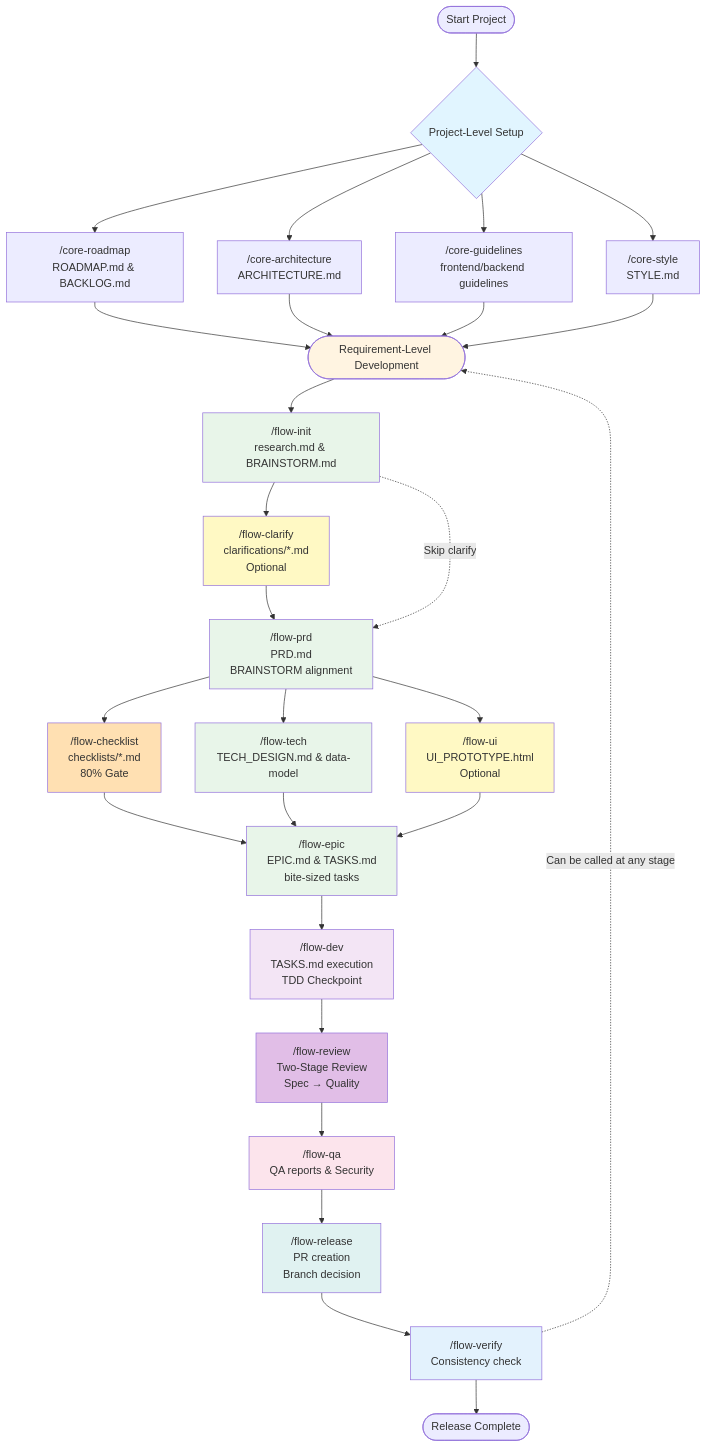
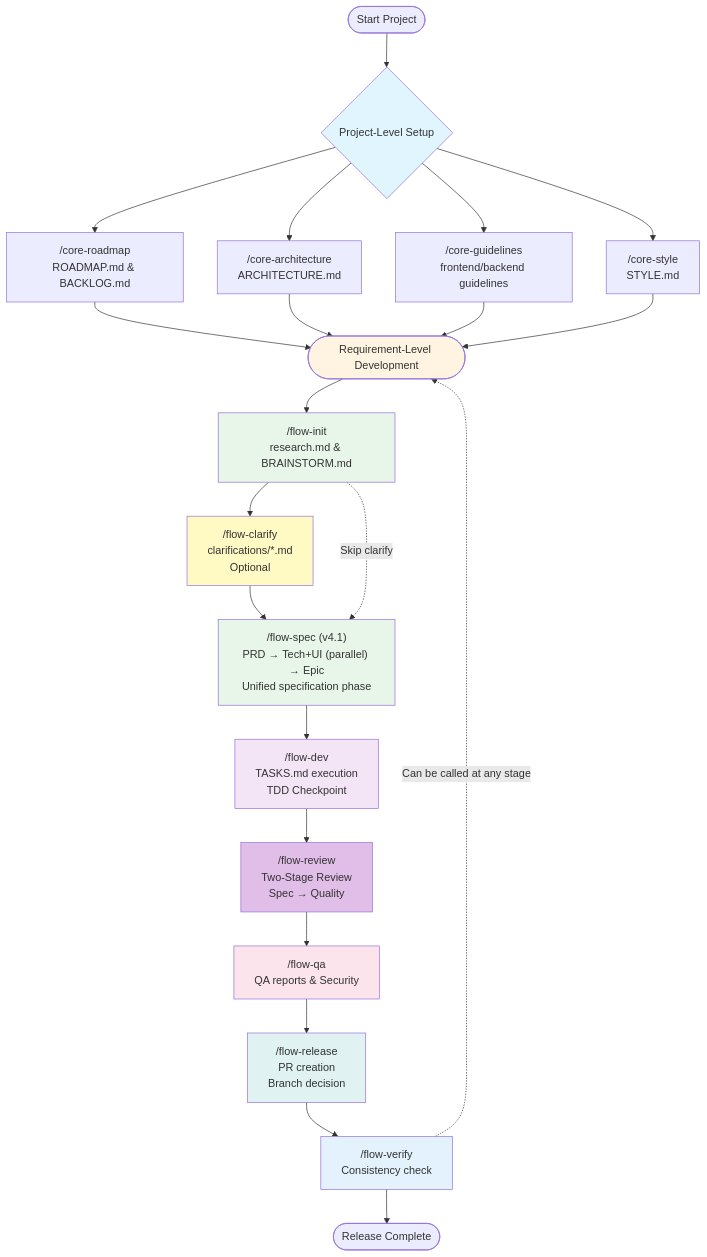
One commit to Dimon94/cc-devflow changed the diagram in README.md. Above: the diagram before and after it, drawn with Mermaid. The commit also changed other lines of this file and 4 other files, not shown here.

First line of the commit message:
docs: update documentation for v4.1 unified /flow-spec and v3.0 compiler

````diff
--- a/README.md
+++ b/README.md
@@ -299,56 +301,45 @@
 ```mermaid
 graph TB
     Start([Start Project]) --> ProjectLevel{Project-Level Setup}
 
     ProjectLevel --> CoreRoadmap["/core-roadmap<br/>ROADMAP.md & BACKLOG.md"]
     ProjectLevel --> CoreArch["/core-architecture<br/>ARCHITECTURE.md"]
     ProjectLevel --> CoreGuidelines["/core-guidelines<br/>frontend/backend guidelines"]
     ProjectLevel --> CoreStyle["/core-style<br/>STYLE.md"]
 
     CoreRoadmap --> ReqLevel
     CoreArch --> ReqLevel
     CoreGuidelines --> ReqLevel
     CoreStyle --> ReqLevel
 
     ReqLevel([Requirement-Level Development]) --> FlowInit["/flow-init<br/>research.md & BRAINSTORM.md"]
 
     FlowInit --> FlowClarify["/flow-clarify<br/>clarifications/*.md<br/>Optional"]
-    FlowClarify --> FlowPRD["/flow-prd<br/>PRD.md<br/>BRAINSTORM alignment"]
-    FlowInit -.->|Skip clarify| FlowPRD
-    FlowPRD --> FlowChecklist["/flow-checklist<br/>checklists/*.md<br/>80% Gate"]
-    FlowPRD --> FlowTech["/flow-tech<br/>TECH_DESIGN.md & data-model"]
-    FlowPRD --> FlowUI["/flow-ui<br/>UI_PROTOTYPE.html<br/>Optional"]
+    FlowClarify --> FlowSpec["/flow-spec (v4.1)<br/>PRD → Tech+UI (parallel) → Epic<br/>Unified specification phase"]
+    FlowInit -.->|Skip clarify| FlowSpec
 
-    FlowChecklist --> FlowEpic
-    FlowTech --> FlowEpic["/flow-epic<br/>EPIC.md & TASKS.md<br/>bite-sized tasks"]
-    FlowUI --> FlowEpic
-
-    FlowEpic --> FlowDev["/flow-dev<br/>TASKS.md execution<br/>TDD Checkpoint"]
+    FlowSpec --> FlowDev["/flow-dev<br/>TASKS.md execution<br/>TDD Checkpoint"]
 
     FlowDev --> FlowReview["/flow-review<br/>Two-Stage Review<br/>Spec → Quality"]
 
     FlowReview --> FlowQA["/flow-qa<br/>QA reports & Security"]
 
     FlowQA --> FlowRelease["/flow-release<br/>PR creation<br/>Branch decision"]
 
     FlowRelease --> FlowVerify["/flow-verify<br/>Consistency check"]
 
     FlowVerify --> End([Release Complete])
 
     FlowVerify -.->|Can be called at any stage| ReqLevel
 
     style ProjectLevel fill:#e1f5ff
     style ReqLevel fill:#fff4e1
     style FlowInit fill:#e8f5e9
     style FlowClarify fill:#fff9c4
-    style FlowPRD fill:#e8f5e9
-    style FlowChecklist fill:#ffe0b2
-    style FlowTech fill:#e8f5e9
-    style FlowUI fill:#fff9c4
-    style FlowEpic fill:#e8f5e9
+    style FlowSpec fill:#e8f5e9
     style FlowDev fill:#f3e5f5
     style FlowReview fill:#e1bee7
     style FlowQA fill:#fce4ec
     style FlowRelease fill:#e0f2f1
     style FlowVerify fill:#e3f2fd
 ```
````
